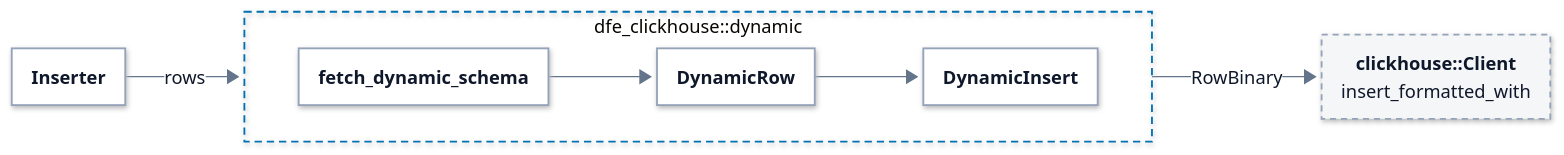
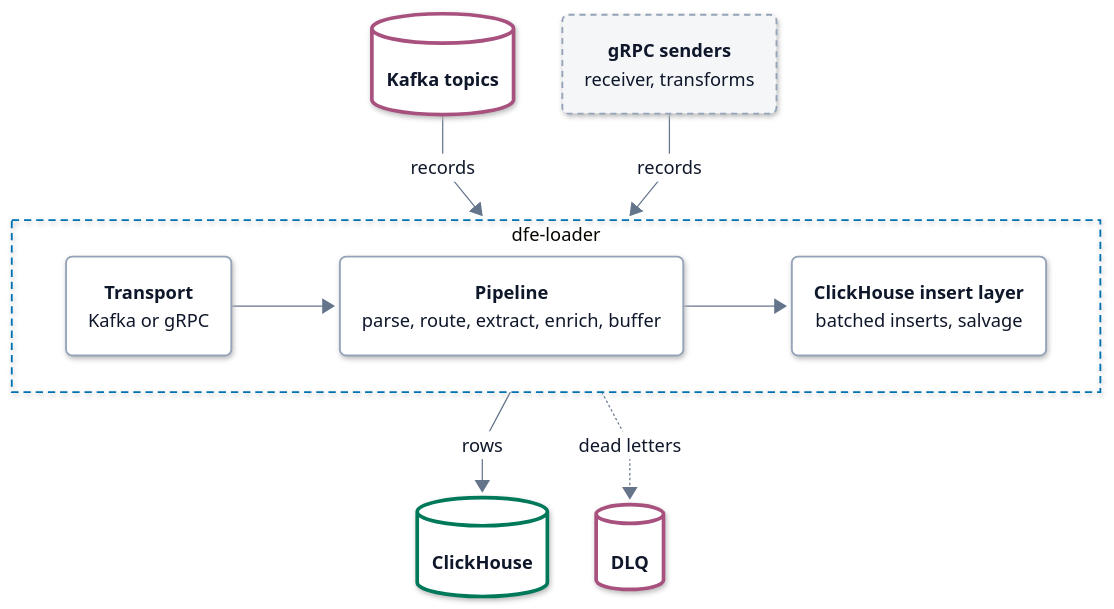
One commit to hyperi-io/dfe-loader changed the diagram in docs/architecture.md. Above: the diagram before and after it, drawn with Mermaid. The commit also changed other lines of this file and 19 other files, not shown here.

First line of the commit message:
docs(architecture): bring the loader pages to the architecture standard

````diff
--- a/docs/architecture.md
+++ b/docs/architecture.md
@@ -136,76 +15,82 @@
 ```mermaid
 ---
 config:
   theme: base
   look: neo
   fontFamily: Inter, -apple-system, Segoe UI, Roboto, Helvetica, Arial, sans-serif
   flowchart:
     curve: linear
     nodeSpacing: 40
     rankSpacing: 64
     padding: 18
     wrappingWidth: 280
     htmlLabels: true
   elk:
     preset: modelOrder
   themeVariables:
     fontSize: 15px
     lineColor: "#64748B"
     primaryTextColor: "#0F172A"
     clusterBorder: "#0072B2"
     edgeLabelBackground: "#FFFFFF"
   themeCSS: >-
     p{margin:0}
     .node[data-look] rect,.node[data-look] path,.node[data-look] polygon,.node[data-look] .outer-path{filter:drop-shadow(0 1px 2px rgba(15,23,42,.10)) drop-shadow(0 6px 14px rgba(15,23,42,.10))}
     .node rect{rx:10px;ry:10px}
     .cluster rect{rx:16px;ry:16px}
     .node .label div{min-width:150px}
     .node.decision .label div{min-width:0}
     .cluster[data-look] rect{filter:none}
     .nodeLabel{line-height:1.35}
     .nodeLabel b{font-weight:600;font-size:15px;letter-spacing:-0.01em}
     .nodeLabel span{font-size:12.5px;font-weight:400;color:#334155}
     .cluster-label span.nodeLabel{display:inline-block;background:#FFFFFF;color:#0B2A3F;border:1.5px solid #0072B2;border-radius:999px;padding:2px 12px;font-size:11.5px;font-weight:700;letter-spacing:.09em;text-transform:uppercase}
     .flowchart-link{stroke-width:1.75px}
     .labelBkg{background:transparent!important}
     span.edgeLabel{display:inline-block;background:#FFFFFF!important;color:#1E293B;border:1px solid #94A3B8;border-radius:999px;padding:2px 10px;font-size:12px;font-weight:500}
     span.edgeLabel p{background:transparent!important}
     .label-icon{width:20px;height:20px;vertical-align:-4px;margin-right:6px}
     .ingest .label-icon{color:#0E8A7D}
     .xform .label-icon{color:#7B4FB0}
     .load .label-icon{color:#0072B2}
     .bus .label-icon{color:#A8517F}
     .store .label-icon{color:#00785A}
     .ui .label-icon{color:#D9480F}
     .ext .label-icon{color:#64748B}
 ---
-flowchart LR
-    accTitle: L4 Detail -- Dynamic insert
-    accDescr: The Inserter hands rows to dfe_clickhouse's dynamic module. It reads the table's schema from system.columns, encodes each row against it with DynamicRow, and DynamicInsert sends the RowBinary through the clickhouse crate's insert_formatted_with.
+flowchart TB
+    accTitle: L3 Components -- dfe-loader
+    accDescr: Records arrive from Kafka topics or gRPC senders. Inside the loader the transport hands them to the pipeline, which parses, routes, extracts, enriches and buffers each record per table, and the ClickHouse insert layer writes the buffers to ClickHouse in batches. Rows ClickHouse refuses for good and records that fail processing go to the DLQ.
 
-    inserter["<b>Inserter</b>"]
-
-    subgraph dynamic["dfe_clickhouse::dynamic"]
+    kafka[("<b>Kafka topics</b>")]
+    grpc("<b>gRPC senders</b><br/><span>receiver, transforms</span>")
+    subgraph loader["dfe-loader"]
         direction LR
-        schema["<b>fetch_dynamic_schema</b>"] --> encode["<b>DynamicRow</b>"] --> send["<b>DynamicInsert</b>"]
+        transport("<b>Transport</b><br/><span>Kafka or gRPC</span>")
+        pipeline("<b>Pipeline</b><br/><span>parse, route, extract, enrich, buffer</span>")
+        insert("<b>ClickHouse insert layer</b><br/><span>batched inserts, salvage</span>")
+        transport --> pipeline --> insert
     end
-
-    client["<b>clickhouse::Client</b><br/><span>insert_formatted_with</span>"]
-
-    inserter -->|rows| dynamic
-    dynamic -->|RowBinary| client
+    clickhouse[("<b>ClickHouse</b>")]
+    dlq[("<b>DLQ</b>")]
+    kafka -->|records| loader
+    grpc -->|records| loader
+    loader -->|rows| clickhouse
+    loader -.->|dead letters| dlq
+  class kafka,dlq bus
+  class grpc ext
+  class transport,pipeline,insert part
+  class clickhouse store
   classDef ext fill:#F4F6F8,stroke:#94A3B8,stroke-width:1.5px,stroke-dasharray:5 4,color:#0F172A
   classDef ingest fill:#FFFFFF,stroke:#0E8A7D,stroke-width:3px,color:#0F172A
   classDef xform fill:#FFFFFF,stroke:#7B4FB0,stroke-width:3px,color:#0F172A
   classDef load fill:#FFFFFF,stroke:#0072B2,stroke-width:3px,color:#0F172A
   classDef bus fill:#FFFFFF,stroke:#A8517F,stroke-width:3px,color:#0F172A
   classDef store fill:#FFFFFF,stroke:#00785A,stroke-width:3px,color:#0F172A
   classDef ui fill:#FFFFFF,stroke:#D9480F,stroke-width:3px,color:#0F172A
   classDef decision fill:#FFFFFF,stroke:#9A6700,stroke-width:3px,color:#0F172A
   classDef error fill:#FFFFFF,stroke:#C2410C,stroke-width:3px,color:#0F172A
   classDef control fill:#FFFFFF,stroke:#334155,stroke-width:3px,color:#0F172A
   classDef part fill:#FFFFFF,stroke:#94A3B8,stroke-width:1.5px,color:#0F172A
-  class inserter,schema,encode,send part
-  class client ext
-  style dynamic fill:none,stroke:#0072B2,stroke-width:1.5px,stroke-dasharray:6 4
+  style loader fill:none,stroke:#0072B2,stroke-width:1.5px,stroke-dasharray:6 4
 ```
````
